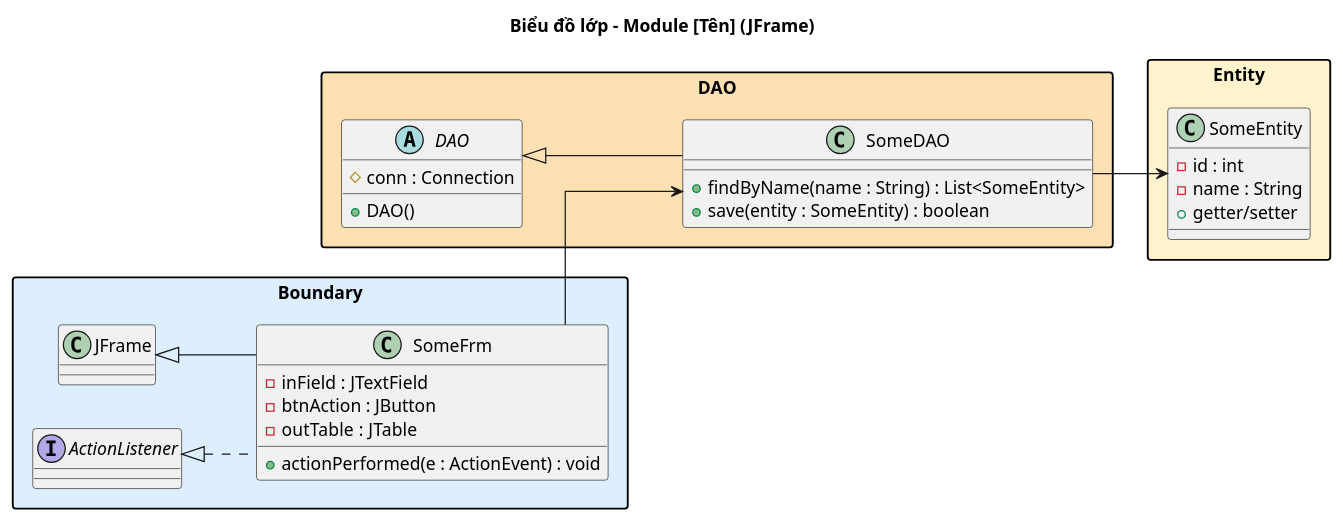
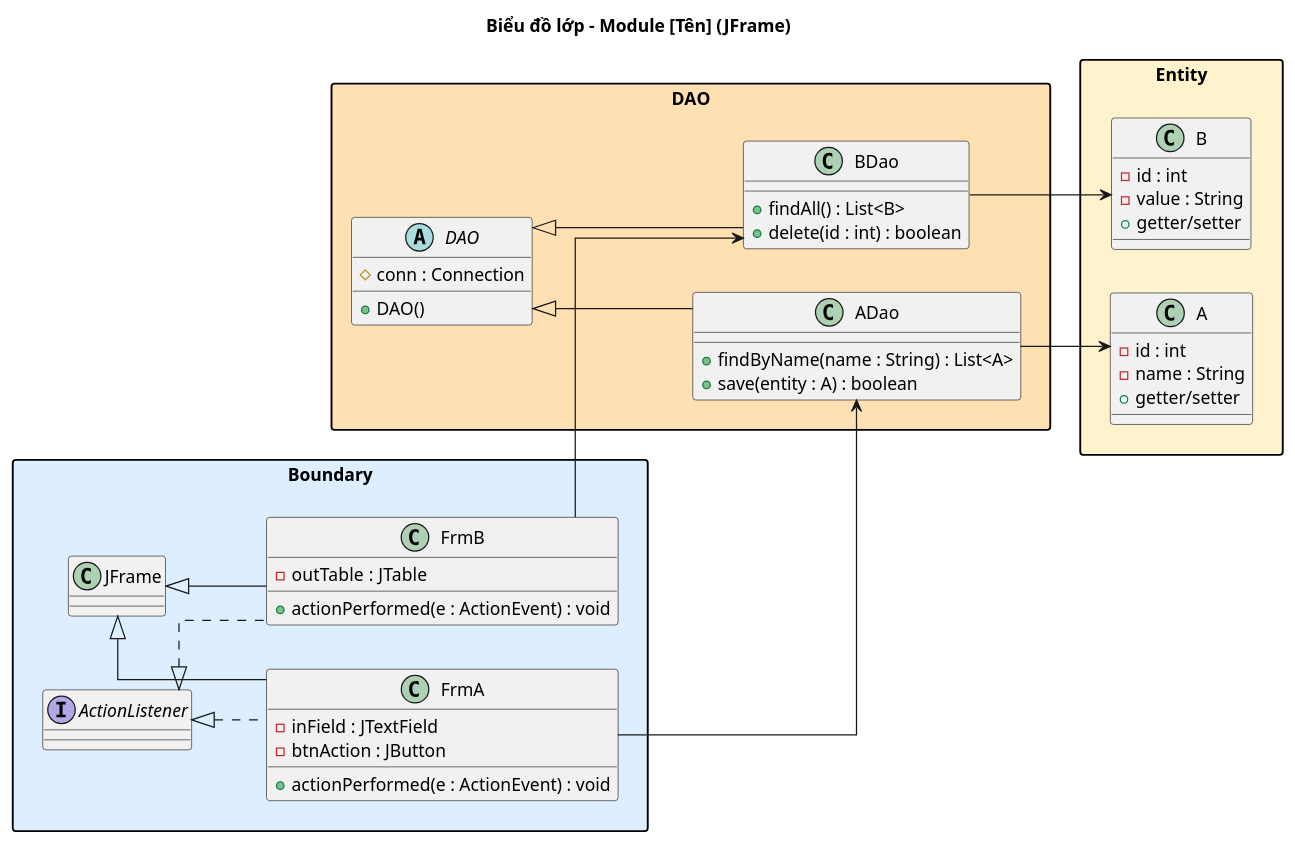
One commit to thanhtrnnn/cnpm changed the second of 4 diagrams in .claude/skills/cnpm/SKILL.md. Above: the diagram before and after it, drawn with PlantUML. The commit also changed other lines of this file, not shown here.

First line of the commit message:
fix: BCE class diagram horizontal layout with together blocks

````diff
--- a/.claude/skills/cnpm/SKILL.md
+++ b/.claude/skills/cnpm/SKILL.md
@@ -257,39 +264,60 @@
 ```plantuml
 @startuml
 left to right direction
 skinparam linetype ortho
 skinparam packageStyle rectangle
+skinparam packageMaxWidth 800
 title Biểu đồ lớp – Module [Tên] (JFrame)
 
 package "Boundary" #DDEEFF {
-  class SomeFrm extends JFrame implements ActionListener {
-    -inField : JTextField
-    -btnAction : JButton
-    -outTable : JTable
-    +actionPerformed(e : ActionEvent) : void
+  together {
+    class FrmA extends JFrame implements ActionListener {
+      -inField : JTextField
+      -btnAction : JButton
+      +actionPerformed(e : ActionEvent) : void
+    }
+    class FrmB extends JFrame implements ActionListener {
+      -outTable : JTable
+      +actionPerformed(e : ActionEvent) : void
+    }
   }
 }
 
 package "DAO" #FFE0B2 {
   abstract class DAO {
     #conn : Connection
     +DAO()
   }
-  class SomeDAO extends DAO {
-    +findByName(name : String) : List<SomeEntity>
-    +save(entity : SomeEntity) : boolean
+  together {
+    class ADao extends DAO {
+      +findByName(name : String) : List<A>
+      +save(entity : A) : boolean
+    }
+    class BDao extends DAO {
+      +findAll() : List<B>
+      +delete(id : int) : boolean
+    }
   }
 }
 
 package "Entity" #FFF3CD {
-  class SomeEntity {
-    -id : int
-    -name : String
-    +getter/setter
+  together {
+    class A {
+      -id : int
+      -name : String
+      +getter/setter
+    }
+    class B {
+      -id : int
+      -value : String
+      +getter/setter
+    }
   }
 }
 
-SomeFrm --> SomeDAO
-SomeDAO --> SomeEntity
+FrmA --> ADao
+FrmB --> BDao
+ADao --> A
+BDao --> B
 @enduml
 ```
````
